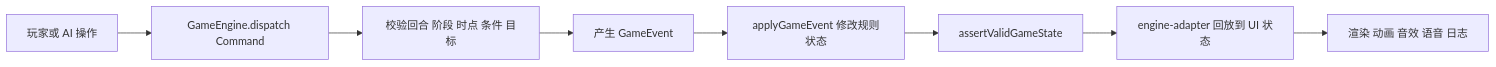
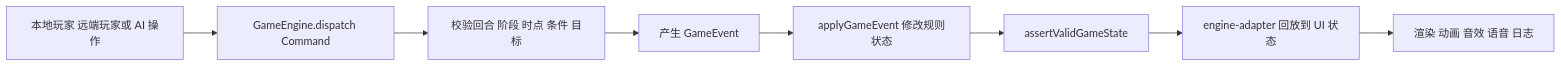
One commit to ssssaaa111/play_card_game changed the first of 14 diagrams in GAME_FLOW.md. Above: the diagram before and after it, drawn with Mermaid. The commit also changed other lines of this file and 12 other files, not shown here.

````diff
--- a/GAME_FLOW.md
+++ b/GAME_FLOW.md
@@ -9,10 +9,10 @@
 ```mermaid
 flowchart LR
-    Input[玩家或 AI 操作] --> Command[GameEngine.dispatch Command]
+    Input[本地玩家 远端玩家或 AI 操作] --> Command[GameEngine.dispatch Command]
     Command --> Validate[校验回合 阶段 时点 条件 目标]
     Validate --> Events[产生 GameEvent]
     Events --> Apply[applyGameEvent 修改规则状态]
     Apply --> Invariants[assertValidGameState]
     Invariants --> Adapter[engine-adapter 回放到 UI 状态]
     Adapter --> View[渲染 动画 音效 语音 日志]
 ```
````
